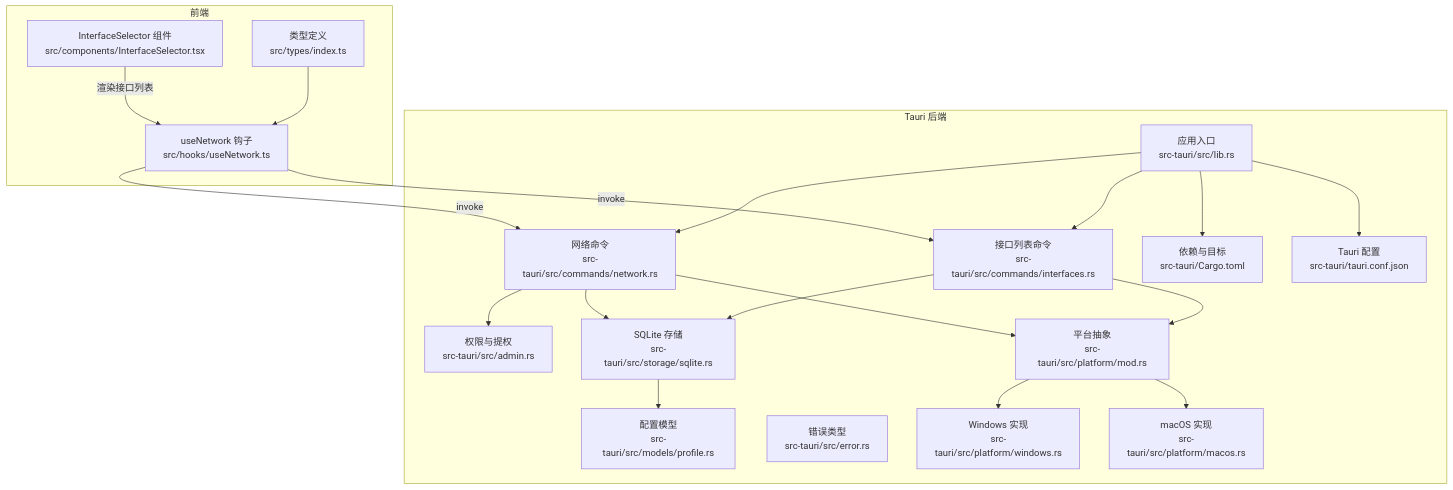
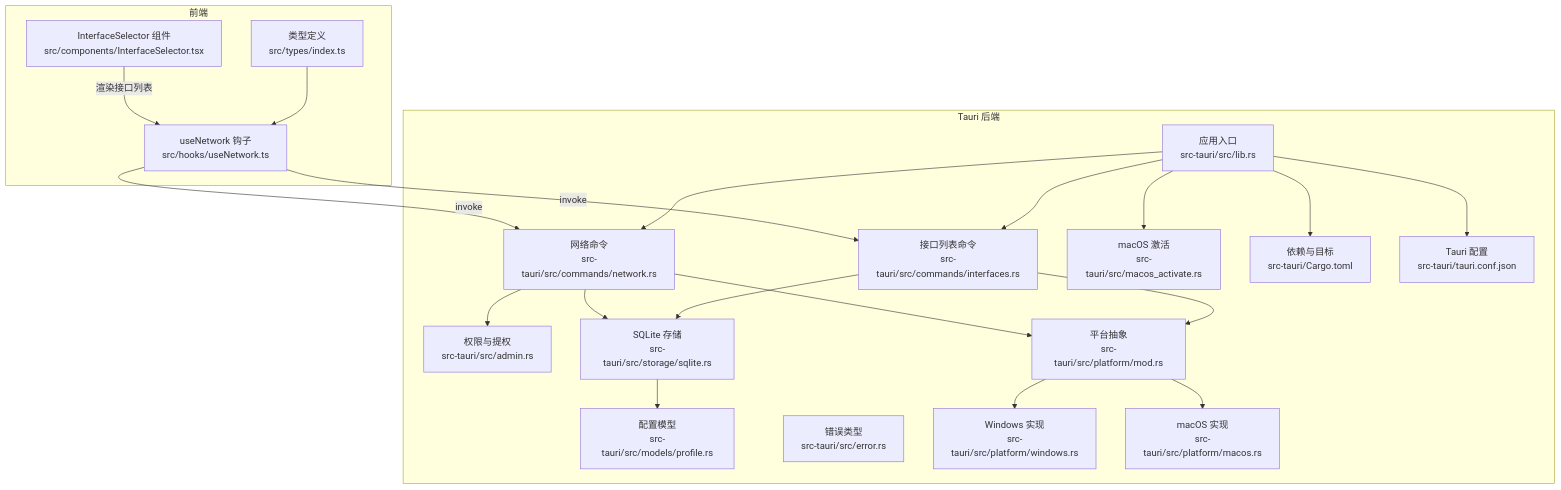
The first of 9 diagrams in .qoder/repowiki/zh/content/后端开发指南/平台集成.md (xdongliang/IPSwitcher), drawn with Mermaid before and after one commit. The commit also changed other lines of this file and 3 other files, not shown here.

````diff
--- a/.qoder/repowiki/zh/content/后端开发指南/平台集成.md
+++ b/.qoder/repowiki/zh/content/后端开发指南/平台集成.md
@@ -53,38 +63,40 @@
 ```mermaid
 graph TB
 subgraph "前端"
 FE_Hook["useNetwork 钩子<br/>src/hooks/useNetwork.ts"]
 FE_Selector["InterfaceSelector 组件<br/>src/components/InterfaceSelector.tsx"]
 FE_Types["类型定义<br/>src/types/index.ts"]
 end
 subgraph "Tauri 后端"
 Lib["应用入口<br/>src-tauri/src/lib.rs"]
 CmdNet["网络命令<br/>src-tauri/src/commands/network.rs"]
 CmdIfaces["接口列表命令<br/>src-tauri/src/commands/interfaces.rs"]
 Admin["权限与提权<br/>src-tauri/src/admin.rs"]
 Store["SQLite 存储<br/>src-tauri/src/storage/sqlite.rs"]
 Model["配置模型<br/>src-tauri/src/models/profile.rs"]
 Err["错误类型<br/>src-tauri/src/error.rs"]
 PlatformMod["平台抽象<br/>src-tauri/src/platform/mod.rs"]
 Win["Windows 实现<br/>src-tauri/src/platform/windows.rs"]
 Mac["macOS 实现<br/>src-tauri/src/platform/macos.rs"]
+MacActivate["macOS 激活<br/>src-tauri/src/macos_activate.rs"]
 Cargo["依赖与目标<br/>src-tauri/Cargo.toml"]
 Conf["Tauri 配置<br/>src-tauri/tauri.conf.json"]
 end
 FE_Hook --> |"invoke"| CmdNet
 FE_Hook --> |"invoke"| CmdIfaces
 FE_Selector --> |"渲染接口列表"| FE_Hook
 FE_Types --> FE_Hook
 CmdNet --> Admin
 CmdNet --> PlatformMod
 CmdIfaces --> PlatformMod
 PlatformMod --> Win
 PlatformMod --> Mac
 CmdNet --> Store
 CmdIfaces --> Store
 Store --> Model
 Lib --> CmdNet
 Lib --> CmdIfaces
 Lib --> Cargo
 Lib --> Conf
+Lib --> MacActivate
 ```
````
